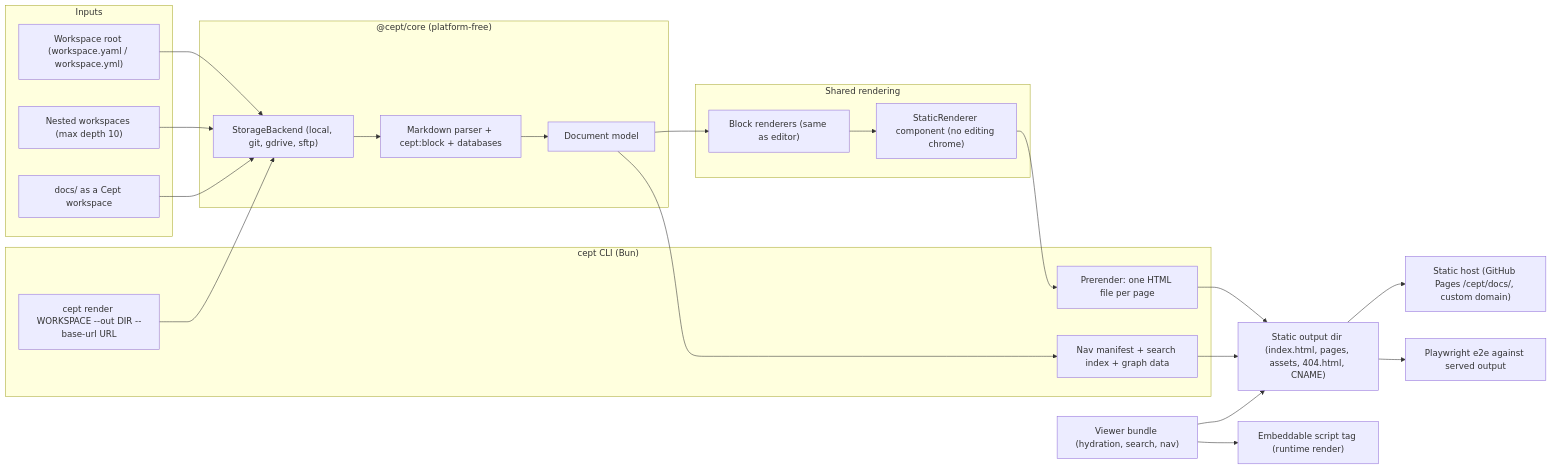
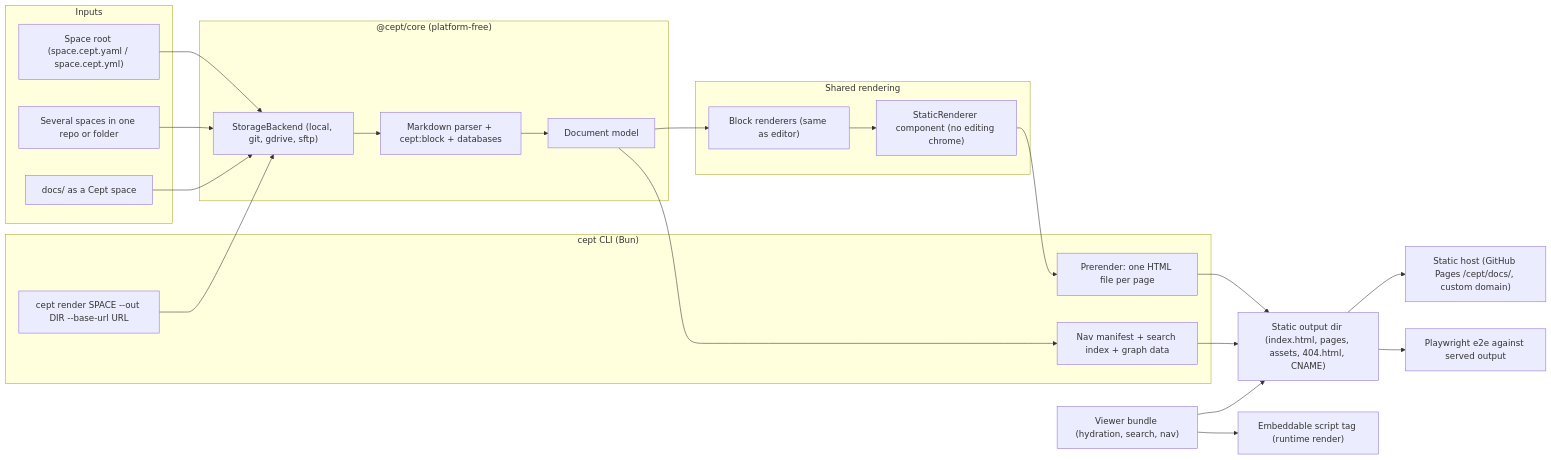
Before and after one commit to nsheaps/cept: the first of 2 diagrams in docs/specs/requirements/02-static-rendering.md, drawn with Mermaid. The commit also changed other lines of this file and 12 other files, not shown here.

````diff
--- a/docs/specs/requirements/02-static-rendering.md
+++ b/docs/specs/requirements/02-static-rendering.md
@@ -78,41 +78,41 @@
 ```mermaid
 flowchart LR
   subgraph Inputs
-    WS["Workspace root (workspace.yaml / workspace.yml)"]
-    NWS["Nested workspaces (max depth 10)"]
-    DOCS["docs/ as a Cept workspace"]
+    WS["Space root (space.cept.yaml / space.cept.yml)"]
+    NWS["Several spaces in one repo or folder"]
+    DOCS["docs/ as a Cept space"]
   end
   subgraph Core["@cept/core (platform-free)"]
     SB["StorageBackend (local, git, gdrive, sftp)"]
     PARSE["Markdown parser + cept:block + databases"]
     MODEL["Document model"]
   end
   subgraph Render["Shared rendering"]
     BLOCKS["Block renderers (same as editor)"]
     STATIC["StaticRenderer component (no editing chrome)"]
   end
   subgraph CLI["cept CLI (Bun)"]
-    CMD["cept render WORKSPACE --out DIR --base-url URL"]
+    CMD["cept render SPACE --out DIR --base-url URL"]
     PRE["Prerender: one HTML file per page"]
     IDX["Nav manifest + search index + graph data"]
   end
   OUT["Static output dir (index.html, pages, assets, 404.html, CNAME)"]
   VIEWER["Viewer bundle (hydration, search, nav)"]
   EMBED["Embeddable script tag (runtime render)"]
   HOST["Static host (GitHub Pages /cept/docs/, custom domain)"]
   E2E["Playwright e2e against served output"]
 
   WS --> SB
   NWS --> SB
   DOCS --> SB
   SB --> PARSE --> MODEL --> BLOCKS --> STATIC
   CMD --> SB
   STATIC --> PRE
   MODEL --> IDX
   PRE --> OUT
   IDX --> OUT
   VIEWER --> OUT
   VIEWER --> EMBED
   OUT --> HOST
   OUT --> E2E
 ```
````
